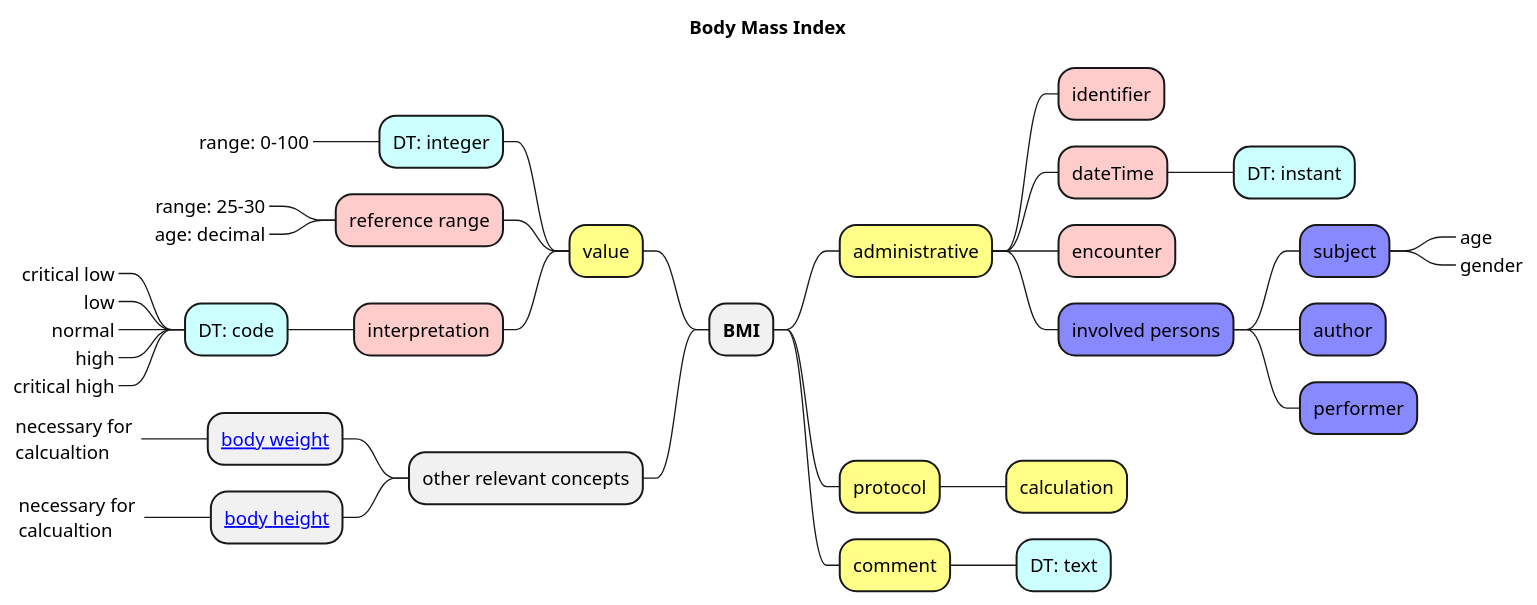
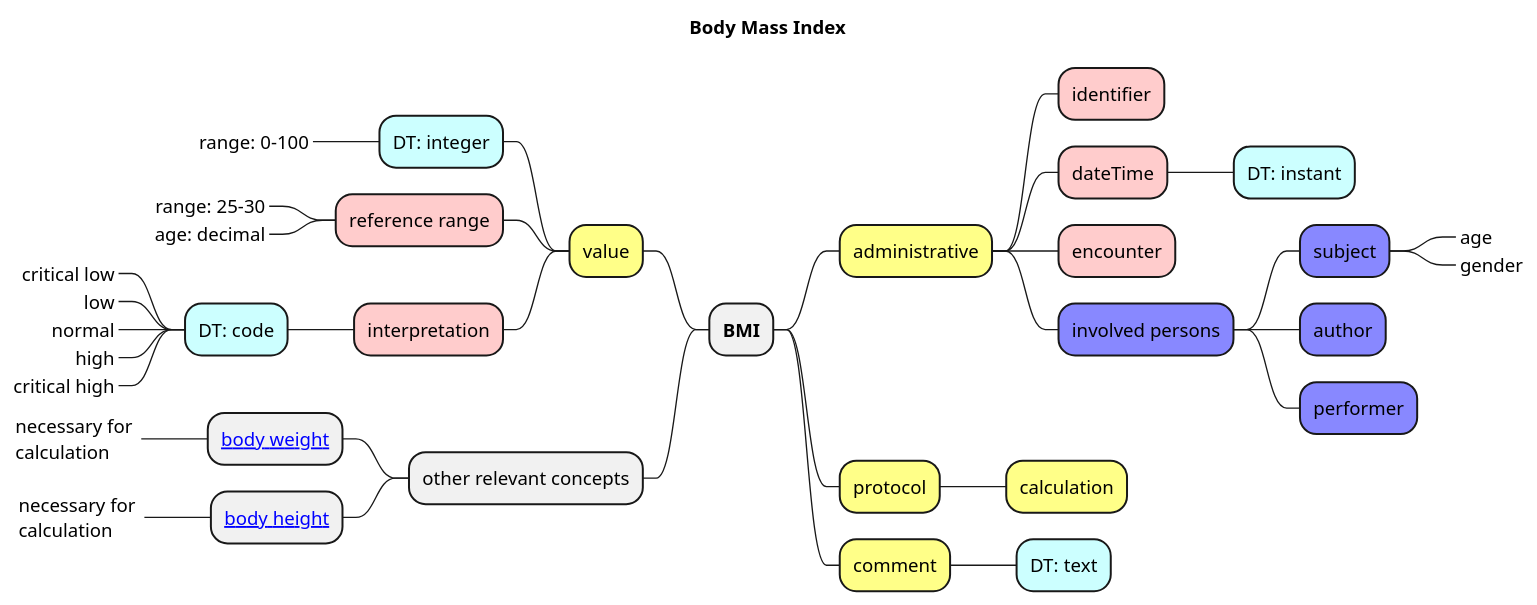
One commit to frankoemig/vital-signs-demo changed the diagram in input/images-source/bmi_mm.plantuml. Above: the diagram before and after it, drawn with PlantUML. The commit also changed 6 other files, not shown here.

```diff
--- a/input/images-source/bmi_mm.plantuml
+++ b/input/images-source/bmi_mm.plantuml
@@ -1,48 +1,48 @@
 @startmindmap
 
 skinparam svgDimensionStyle false
 
 title Body Mass Index
 
 
 + **BMI**
 --[#ff8] value
 ---[#cff] DT: integer
 ----_ range: 0-100
 ---[#fcc] reference range
 ----_ range: 25-30
 ----_ age: decimal
 ---[#fcc] interpretation
 ----[#cff] DT: code
 -----_ critical low
 -----_ low
 -----_ normal
 -----_ high
 -----_ critical high
 
 -- other relevant concepts
 --- [[https://build.fhir.org/ig/frankoemig/bodyweight/index.html body weight]]
-----_ necessary for \ncalcualtion
+----_ necessary for \ncalculation
 --- [[https://build.fhir.org/ig/frankoemig/bodyheight/index.html body height]]
-----_ necessary for \ncalcualtion
+----_ necessary for \ncalculation
 
 ++[#ff8] administrative
 +++[#fcc] identifier
 +++[#fcc] dateTime
 ++++[#cff] DT: instant
 +++[#fcc] encounter
 
 +++[#88f] involved persons
 ++++[#88f] subject
 +++++_ age
 +++++_ gender
 ++++[#88f] author
 ++++[#88f] performer
 
 ++[#ff8] protocol
 +++[#ff8] calculation
 
 ++[#ff8] comment
 +++[#cff] DT: text
 
 @endmindmap
```
